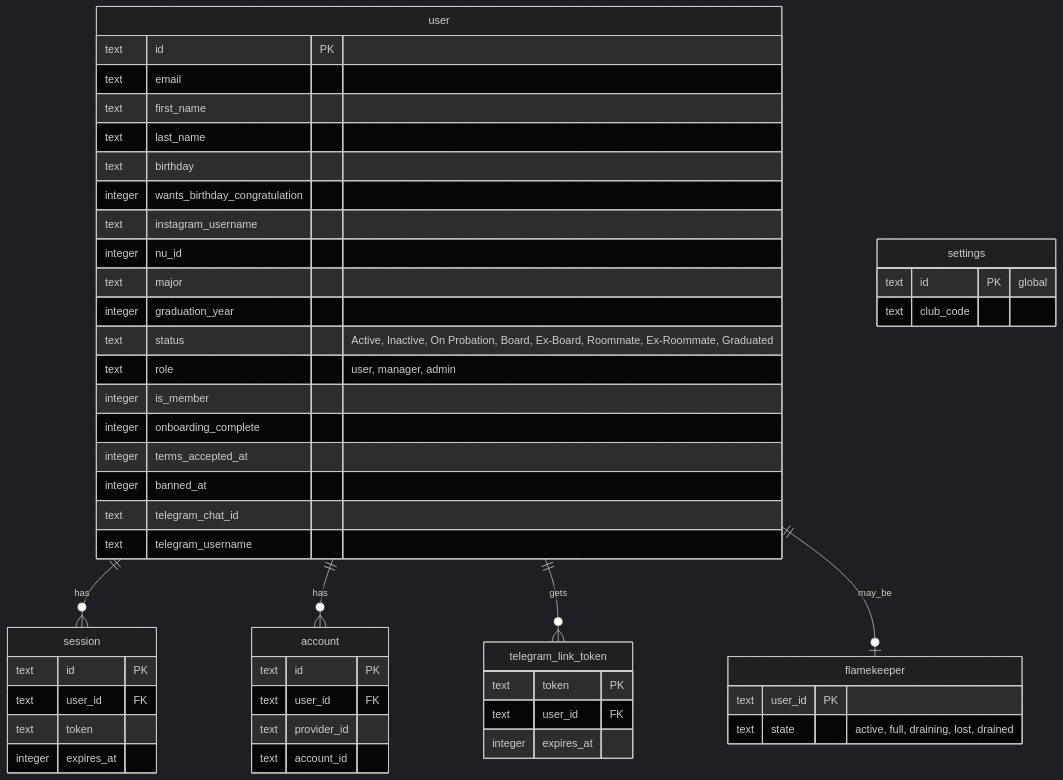
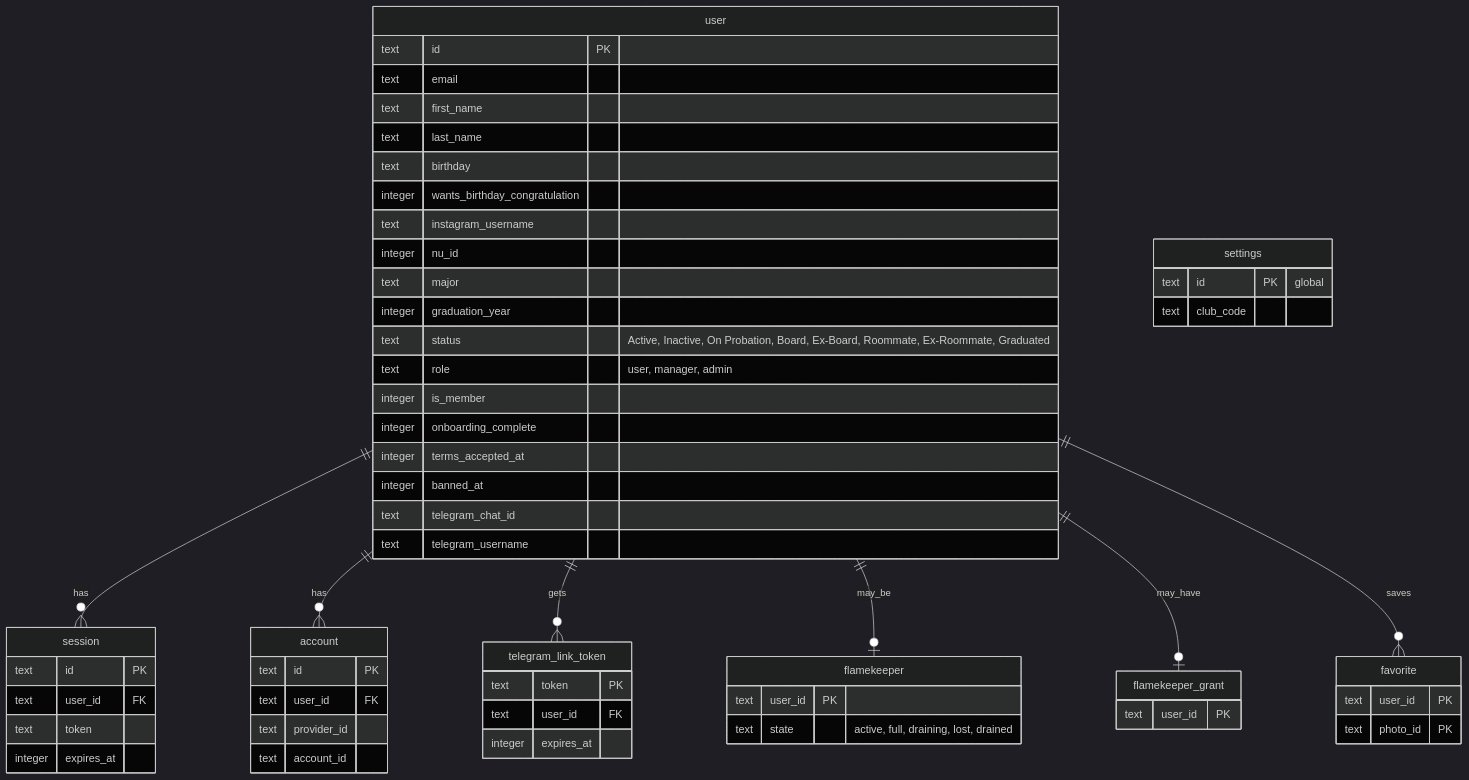
One commit to sagyzdop/meriksirat changed the diagram in docs/scenarios/account/erd.md. Above: the diagram before and after it, drawn with Mermaid (dark theme). The commit also changed other lines of this file and 12 other files, not shown here.

Commit message:
docs(scenarios): verify account diagrams against the code

````diff
--- a/docs/scenarios/account/erd.md
+++ b/docs/scenarios/account/erd.md
@@ -19,52 +26,61 @@
 ```mermaid
 erDiagram
     user ||--o{ session : has
     user ||--o{ account : has
     user ||--o{ telegram_link_token : gets
     user ||--o| flamekeeper : may_be
+    user ||--o| flamekeeper_grant : may_have
+    user ||--o{ favorite : saves
     user {
         text id PK
         text email
         text first_name
         text last_name
         text birthday
         integer wants_birthday_congratulation
         text instagram_username
         integer nu_id
         text major
         integer graduation_year
         text status "Active, Inactive, On Probation, Board, Ex-Board, Roommate, Ex-Roommate, Graduated"
         text role "user, manager, admin"
         integer is_member
         integer onboarding_complete
         integer terms_accepted_at
         integer banned_at
         text telegram_chat_id
         text telegram_username
     }
     session {
         text id PK
         text user_id FK
         text token
         integer expires_at
     }
     account {
         text id PK
         text user_id FK
         text provider_id
         text account_id
     }
     telegram_link_token {
         text token PK
         text user_id FK
         integer expires_at
     }
     flamekeeper {
         text user_id PK
         text state "active, full, draining, lost, drained"
     }
+    flamekeeper_grant {
+        text user_id PK
+    }
+    favorite {
+        text user_id PK
+        text photo_id PK
+    }
     settings {
         text id PK "global"
         text club_code
     }
 ```
````
